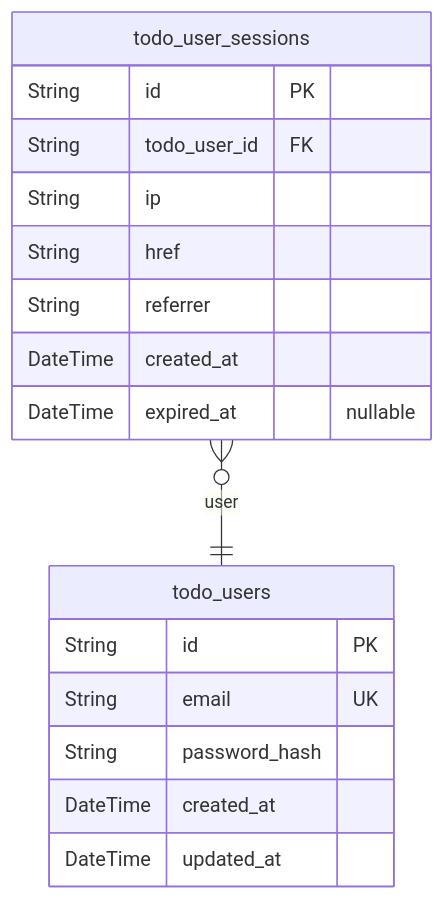
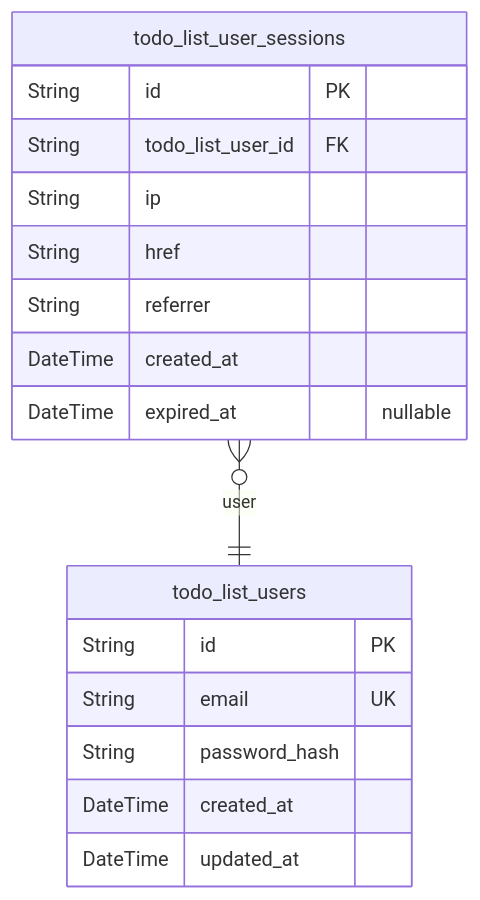
The second of 3 diagrams in openai/gpt-4.1/todo/docs/ERD.md (wrtnlabs/autobe-examples), drawn with Mermaid before and after one commit. The commit also changed other lines of this file and 8017 other files, not shown here.

````diff
--- a/openai/gpt-4.1/todo/docs/ERD.md
+++ b/openai/gpt-4.1/todo/docs/ERD.md
@@ -10,20 +49,20 @@
 ```mermaid
 erDiagram
-"todo_users" {
+"todo_list_users" {
   String id PK
   String email UK
   String password_hash
   DateTime created_at
   DateTime updated_at
 }
-"todo_user_sessions" {
+"todo_list_user_sessions" {
   String id PK
-  String todo_user_id FK
+  String todo_list_user_id FK
   String ip
   String href
   String referrer
   DateTime created_at
   DateTime expired_at "nullable"
 }
-"todo_user_sessions" }o--|| "todo_users" : user
+"todo_list_user_sessions" }o--|| "todo_list_users" : user
 ```
````
